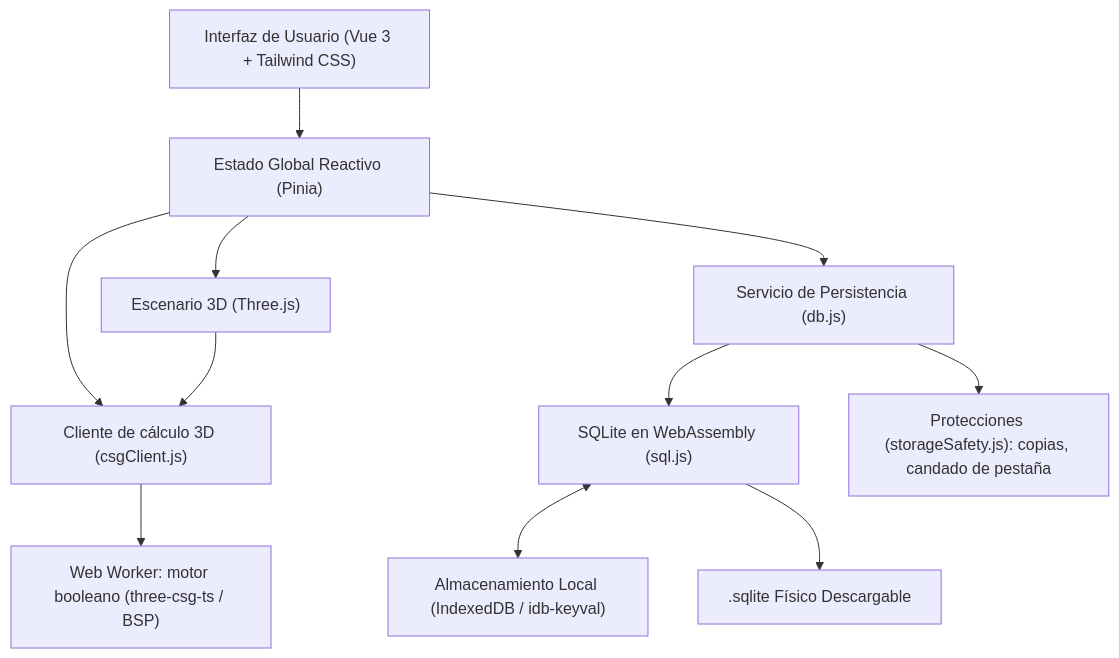
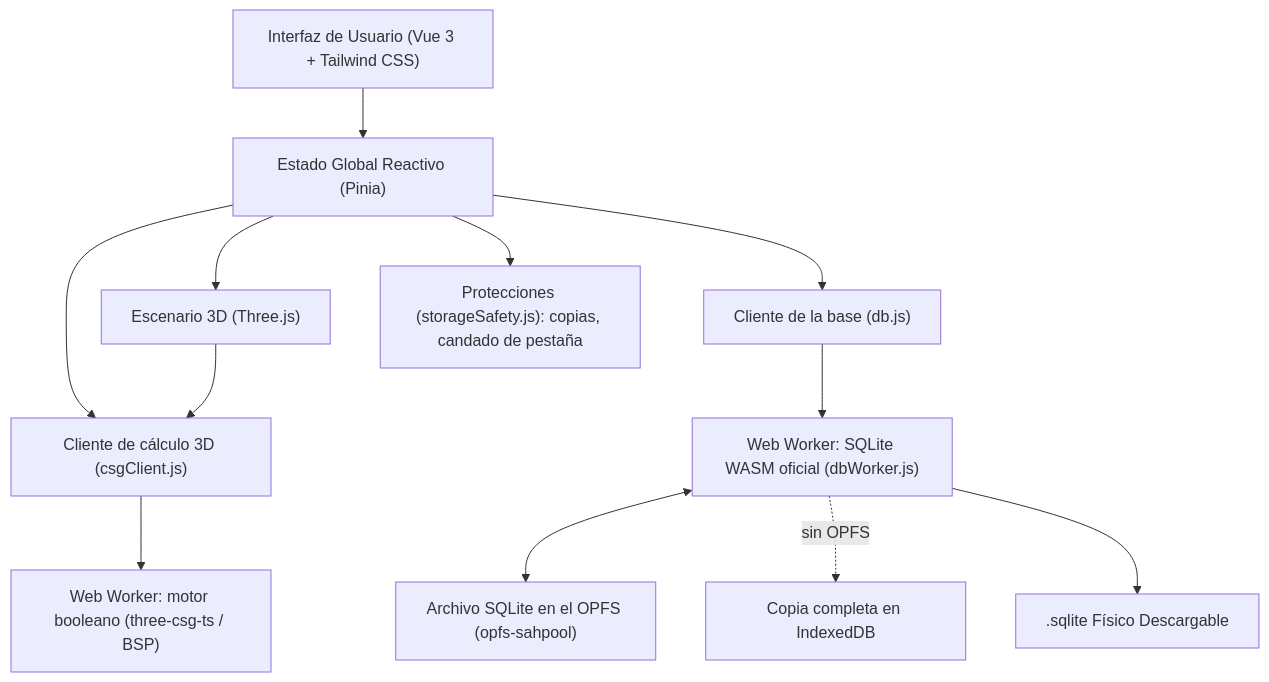
The diagram in docs/02-arquitectura-y-stack.md (inidep-observadores/cubicador), drawn with Mermaid before and after one commit. The commit also changed other lines of this file and 10 other files, not shown here.

First line of the commit message:
feat(almacenamiento): base SQLite en OPFS con el SQLite WASM oficial

````diff
--- a/docs/02-arquitectura-y-stack.md
+++ b/docs/02-arquitectura-y-stack.md
@@ -10,13 +10,14 @@
 ```mermaid
 graph TD
     UI["Interfaz de Usuario (Vue 3 + Tailwind CSS)"] --> Store["Estado Global Reactivo (Pinia)"]
     Store --> Engine3D["Escenario 3D (Three.js)"]
     Store --> Client["Cliente de cálculo 3D (csgClient.js)"]
     Engine3D --> Client
     Client --> Worker["Web Worker: motor booleano (three-csg-ts / BSP)"]
-    Store --> DBService["Servicio de Persistencia (db.js)"]
-    DBService --> WASM["SQLite en WebAssembly (sql.js)"]
-    WASM <--> IDB["Almacenamiento Local (IndexedDB / idb-keyval)"]
-    WASM --> Export[".sqlite Físico Descargable"]
-    DBService --> Safety["Protecciones (storageSafety.js): copias, candado de pestaña"]
+    Store --> DBService["Cliente de la base (db.js)"]
+    DBService --> DBWorker["Web Worker: SQLite WASM oficial (dbWorker.js)"]
+    DBWorker <--> OPFS["Archivo SQLite en el OPFS (opfs-sahpool)"]
+    DBWorker -. "sin OPFS" .-> IDB["Copia completa en IndexedDB"]
+    DBWorker --> Export[".sqlite Físico Descargable"]
+    Store --> Safety["Protecciones (storageSafety.js): copias, candado de pestaña"]
 ```
````
